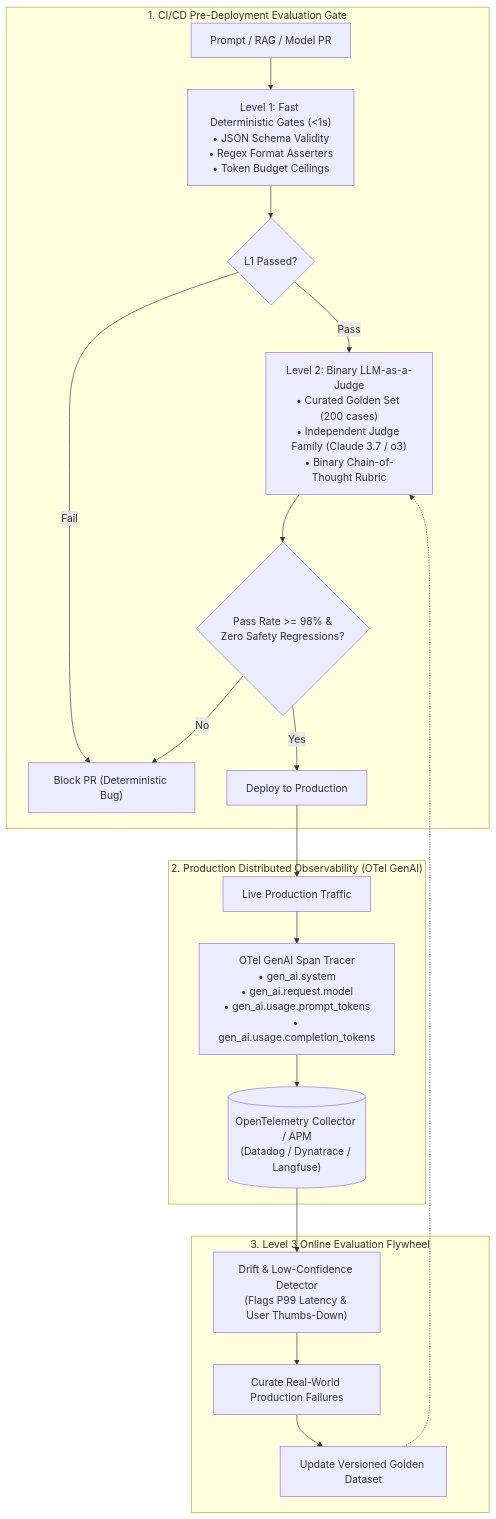
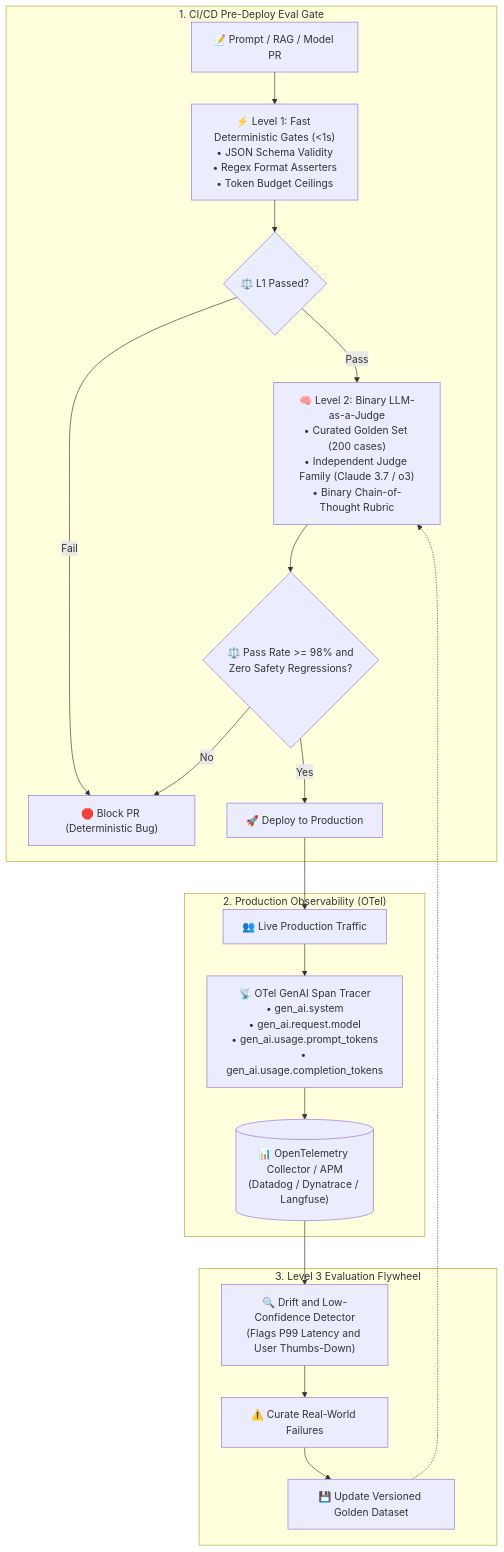
One commit to dip4k/senior-engineer-to-ai-engineer-roadmap changed the first of 2 diagrams in use-cases/use-case-05-otel-evals-telemetry.md. Above: the diagram before and after it, drawn with Mermaid. The commit also changed 94 other files, not shown here.

Commit message:
refactor(curriculum): complete Phase 04 upgrade and enforce diagram renderer invariants

````diff
--- a/use-cases/use-case-05-otel-evals-telemetry.md
+++ b/use-cases/use-case-05-otel-evals-telemetry.md
@@ -22,28 +22,28 @@
 ```mermaid
 flowchart TD
-    subgraph CICD["1. CI/CD Pre-Deployment Evaluation Gate"]
-        PR["Prompt / RAG / Model PR"] --> L1["Level 1: Fast Deterministic Gates (<1s)<br>• JSON Schema Validity<br>• Regex Format Asserters<br>• Token Budget Ceilings"]
+    subgraph CICD["1. CI/CD Pre-Deploy Eval Gate"]
+        PR["📝 Prompt / RAG / Model PR"] --> L1["⚡ Level 1: Fast Deterministic Gates (<1s)<br>• JSON Schema Validity<br>• Regex Format Asserters<br>• Token Budget Ceilings"]
         
-        L1 --> L1_Check{"L1 Passed?"}
-        L1_Check -- "Fail" --> BlockPR["Block PR (Deterministic Bug)"]
+        L1 --> L1_Check{"⚖️ L1 Passed?"}
+        L1_Check -- "Fail" --> BlockPR["🛑 Block PR (Deterministic Bug)"]
         
-        L1_Check -- "Pass" --> L2["Level 2: Binary LLM-as-a-Judge<br>• Curated Golden Set (200 cases)<br>• Independent Judge Family (Claude 3.7 / o3)<br>• Binary Chain-of-Thought Rubric"]
+        L1_Check -- "Pass" --> L2["🧠 Level 2: Binary LLM-as-a-Judge<br>• Curated Golden Set (200 cases)<br>• Independent Judge Family (Claude 3.7 / o3)<br>• Binary Chain-of-Thought Rubric"]
         
-        L2 --> ScoreCheck{"Pass Rate >= 98% &<br>Zero Safety Regressions?"}
+        L2 --> ScoreCheck{"⚖️ Pass Rate >= 98% and<br>Zero Safety Regressions?"}
         ScoreCheck -- "No" --> BlockPR
-        ScoreCheck -- "Yes" --> Deploy["Deploy to Production"]
+        ScoreCheck -- "Yes" --> Deploy["🚀 Deploy to Production"]
     end
 
-    subgraph Runtime["2. Production Distributed Observability (OTel GenAI)"]
-        Deploy --> UserTraffic["Live Production Traffic"]
-        UserTraffic --> Tracer["OTel GenAI Span Tracer<br>• gen_ai.system<br>• gen_ai.request.model<br>• gen_ai.usage.prompt_tokens<br>• gen_ai.usage.completion_tokens"]
-        Tracer --> OTelCollector[("OpenTelemetry Collector / APM<br>(Datadog / Dynatrace / Langfuse)")]
+    subgraph Runtime["2. Production Observability (OTel)"]
+        Deploy --> UserTraffic["👥 Live Production Traffic"]
+        UserTraffic --> Tracer["📡 OTel GenAI Span Tracer<br>• gen_ai.system<br>• gen_ai.request.model<br>• gen_ai.usage.prompt_tokens<br>• gen_ai.usage.completion_tokens"]
+        Tracer --> OTelCollector[("📊 OpenTelemetry Collector / APM<br>(Datadog / Dynatrace / Langfuse)")]
     end
 
-    subgraph Flywheel["3. Level 3 Online Evaluation Flywheel"]
-        OTelCollector --> AnomalyDetector["Drift & Low-Confidence Detector<br>(Flags P99 Latency & User Thumbs-Down)"]
-        AnomalyDetector --> HardCases["Curate Real-World Production Failures"]
-        HardCases --> GoldenSet["Update Versioned Golden Dataset"]
+    subgraph Flywheel["3. Level 3 Evaluation Flywheel"]
+        OTelCollector --> AnomalyDetector["🔍 Drift and Low-Confidence Detector<br>(Flags P99 Latency and User Thumbs-Down)"]
+        AnomalyDetector --> HardCases["⚠️ Curate Real-World Failures"]
+        HardCases --> GoldenSet["💾 Update Versioned Golden Dataset"]
         GoldenSet -.-> L2
     end
 ```
````
